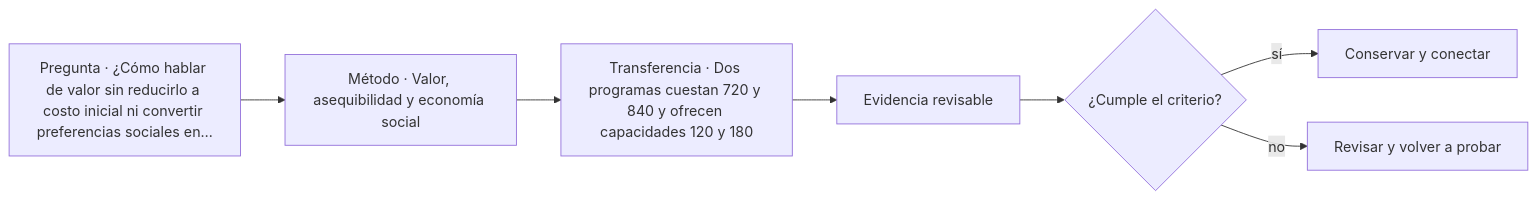
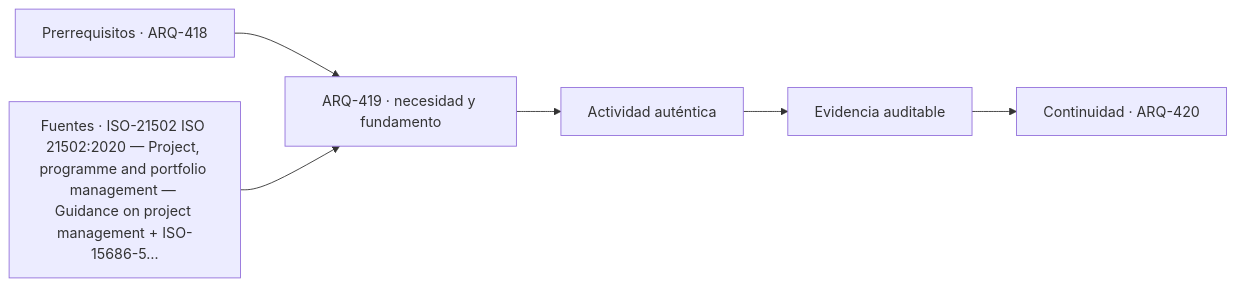
The diagram in classes/parte-42/ARQ-419.md (vladimiracunadev-create/architecture-built-environment-learning-program), drawn with Mermaid before and after one commit. The commit also changed other lines of this file and 761 other files, not shown here.

````diff
--- a/classes/parte-42/ARQ-419.md
+++ b/classes/parte-42/ARQ-419.md
@@ -75,9 +87,8 @@
 ```mermaid
 flowchart LR
-    Q["Pregunta · ¿Cómo hablar de valor sin reducirlo a costo inicial ni convertir preferencias sociales en…"] --> M["Método · Valor, asequibilidad y economía social"]
-    M --> P["Transferencia · Dos programas cuestan 720 y 840 y ofrecen capacidades 120 y 180"]
-    P --> E["Evidencia revisable"]
-    E --> C{"¿Cumple el criterio?"}
-    C -->|sí| T["Conservar y conectar"]
-    C -->|no| R["Revisar y volver a probar"]
+    A["Prerrequisitos · ARQ-418"] --> B["ARQ-419 · necesidad y fundamento"]
+    S["Fuentes · ISO-21502 ISO 21502:2020 — Project, programme and portfolio management — Guidance on project management + ISO-15686-5…"] --> B
+    B --> C["Actividad auténtica"]
+    C --> D["Evidencia auditable"]
+    D --> E["Continuidad · ARQ-420"]
 ```
````
